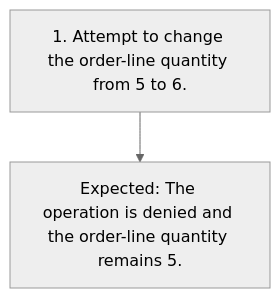
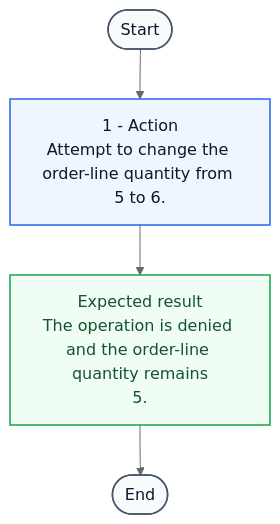
The diagram in examples/expected-output/test-cases-md/TC-009.md (Soturine/functional-test-designer), drawn with Mermaid (neutral theme) before and after one commit. The commit also changed 17 other files, not shown here.

Commit message:
feat: improve offline mermaid test flows

````diff
--- a/examples/expected-output/test-cases-md/TC-009.md
+++ b/examples/expected-output/test-cases-md/TC-009.md
@@ -38,6 +38,18 @@
 ```mermaid
 flowchart TD
-    A1["1. Attempt to change the order-line quantity from 5 to 6."]
-    E1["Expected: The operation is denied and the order-line quantity remains 5."]
-    A1 --> E1
+    S([Start])
+    A1["1 - Action<br/>Attempt to change the order-line quantity from 5 to 6."]
+    R1["Expected result<br/>The operation is denied and the order-line quantity remains<br/>5."]
+    F([End])
+
+    S --> A1 --> R1 --> F
+
+    classDef startEnd fill:#f8fafc,stroke:#475569,stroke-width:1.5px,color:#0f172a;
+    classDef action fill:#eff6ff,stroke:#2563eb,stroke-width:1.5px,color:#0f172a;
+    classDef expected fill:#f0fdf4,stroke:#16a34a,stroke-width:1.5px,color:#14532d;
+    classDef clarification fill:#fff7ed,stroke:#ea580c,stroke-width:1.5px,color:#7c2d12,stroke-dasharray:4 3;
+
+    class S,F startEnd;
+    class A1 action;
+    class R1 expected;
 ```
````
